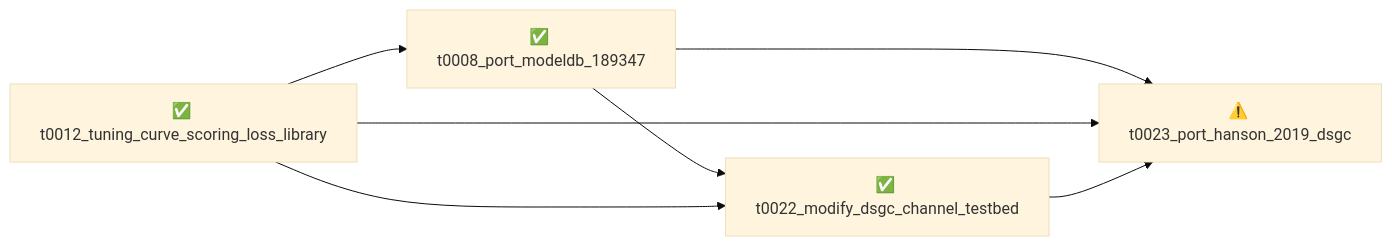
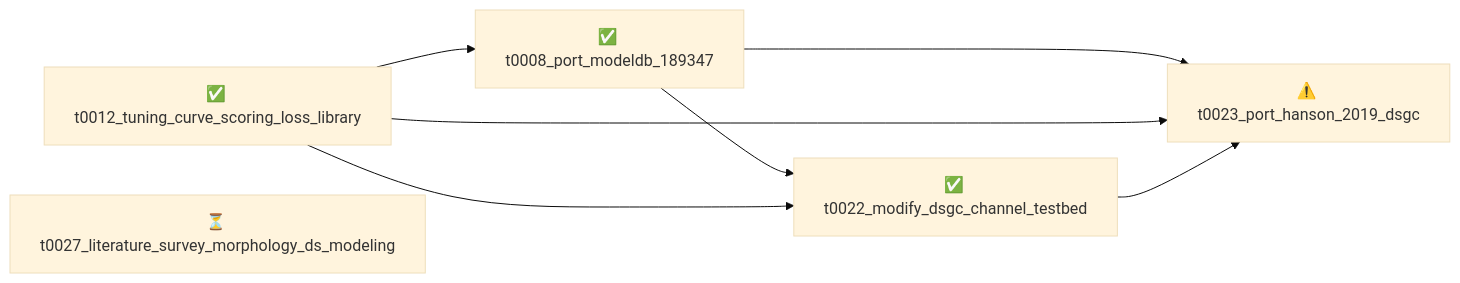
The diagram in overview/tasks/README.md (tonza17/neuron-channels), drawn with Mermaid (base theme) before and after one commit. The commit also changed other lines of this file and 27 other files, not shown here.

````diff
--- a/overview/tasks/README.md
+++ b/overview/tasks/README.md
@@ -12,14 +13,15 @@
 ```mermaid
 graph LR
     t0008_port_modeldb_189347["✅ t0008_port_modeldb_189347"]
     t0012_tuning_curve_scoring_loss_library["✅ t0012_tuning_curve_scoring_loss_library"]
     t0022_modify_dsgc_channel_testbed["✅ t0022_modify_dsgc_channel_testbed"]
     t0023_port_hanson_2019_dsgc["⚠️ t0023_port_hanson_2019_dsgc"]
+    t0027_literature_survey_morphology_ds_modeling["⏳ t0027_literature_survey_morphology_ds_modeling"]
 
     t0012_tuning_curve_scoring_loss_library --> t0008_port_modeldb_189347
     t0008_port_modeldb_189347 --> t0022_modify_dsgc_channel_testbed
     t0012_tuning_curve_scoring_loss_library --> t0022_modify_dsgc_channel_testbed
     t0008_port_modeldb_189347 --> t0023_port_hanson_2019_dsgc
     t0012_tuning_curve_scoring_loss_library --> t0023_port_hanson_2019_dsgc
     t0022_modify_dsgc_channel_testbed --> t0023_port_hanson_2019_dsgc
 ```
````
